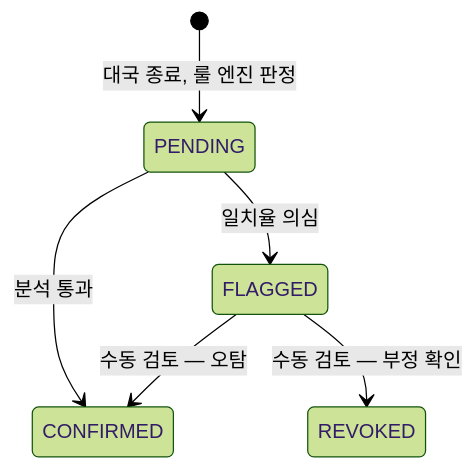
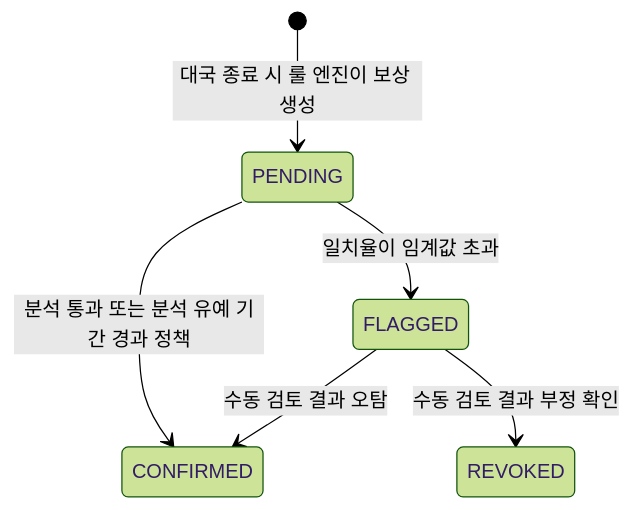
The first of 2 diagrams in docs/adr/ADR-009-game-verdict-and-anticheat.md (1985jwlee/portpolio_backend), drawn with Mermaid (forest theme) before and after one commit. The commit also changed other lines of this file and 22 other files, not shown here.

````diff
--- a/docs/adr/ADR-009-game-verdict-and-anticheat.md
+++ b/docs/adr/ADR-009-game-verdict-and-anticheat.md
@@ -18,8 +25,8 @@
 ```mermaid
 stateDiagram-v2
-    [*] --> PENDING: 대국 종료, 룰 엔진 판정
-    PENDING --> CONFIRMED: 분석 통과
-    PENDING --> FLAGGED: 일치율 의심
-    FLAGGED --> CONFIRMED: 수동 검토 — 오탐
-    FLAGGED --> REVOKED: 수동 검토 — 부정 확인
+    [*] --> PENDING: 대국 종료 시 룰 엔진이 보상 생성
+    PENDING --> CONFIRMED: 분석 통과 또는 분석 유예 기간 경과 정책
+    PENDING --> FLAGGED: 일치율이 임계값 초과
+    FLAGGED --> CONFIRMED: 수동 검토 결과 오탐
+    FLAGGED --> REVOKED: 수동 검토 결과 부정 확인
 ```
````
